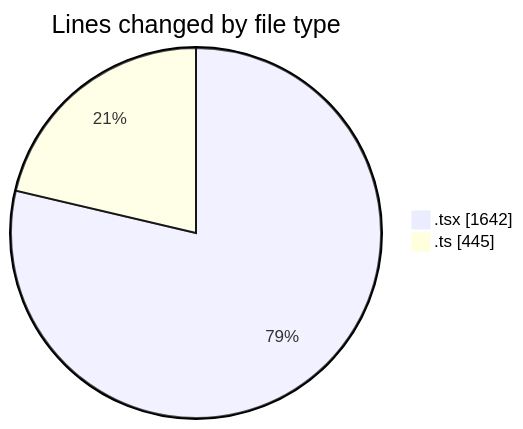
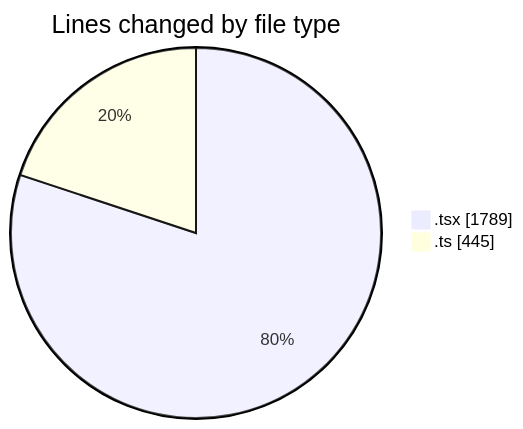
The first of 2 diagrams in 2025-09-24/cda/README.md (momahboobian/code-tracking), drawn with Mermaid before and after one commit. The commit also changed other lines of this file and 1 other file, not shown here.

````diff
--- a/2025-09-24/cda/README.md
+++ b/2025-09-24/cda/README.md
@@ -28,6 +29,6 @@
 ```mermaid
 pie showData
 title Lines changed by file type
-".tsx" : 1642
+".tsx" : 1789
 ".ts" : 445
 ```
````
